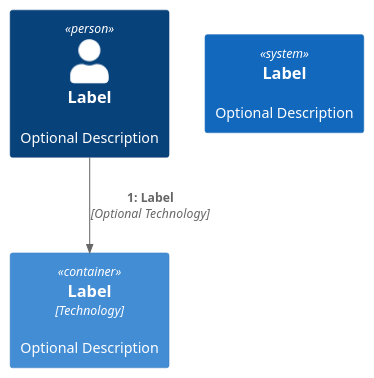
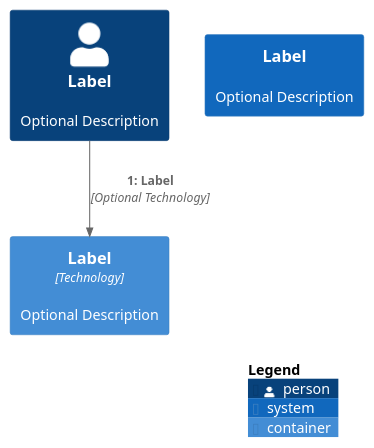
One commit to Konstantin-Dudersky/dataclass_to_diagram changed the diagram in examples/dia_dist/c4/example1.c4.puml. Above: the diagram before and after it, drawn with PlantUML. The commit also changed 6 other files, not shown here.

Commit message:
c4 show_legend

```diff
--- a/examples/dia_dist/c4/example1.c4.puml
+++ b/examples/dia_dist/c4/example1.c4.puml
@@ -1,7 +1,8 @@
 @startuml
 !include C4_Dynamic.puml
-Person($alias=139974568411088, $label="Label", $descr="Optional Description")
-System($alias=139974568408848, $label="Label", $descr="Optional Description")
-Container($alias=139974568395024, $label="Label", $descr="Optional Description", $techn="Technology")
-Rel($from=139974568411088, $to=139974568395024, $label="Label", $techn="Optional Technology")
+Person($alias=139972264885712, $label="Label", $descr="Optional Description")
+System($alias=139972264884624, $label="Label", $descr="Optional Description")
+Container($alias=139972264878416, $label="Label", $descr="Optional Description", $techn="Technology")
+Rel($from=139972264885712, $to=139972264878416, $label="Label", $techn="Optional Technology")
+SHOW_LEGEND()
 @enduml
```
